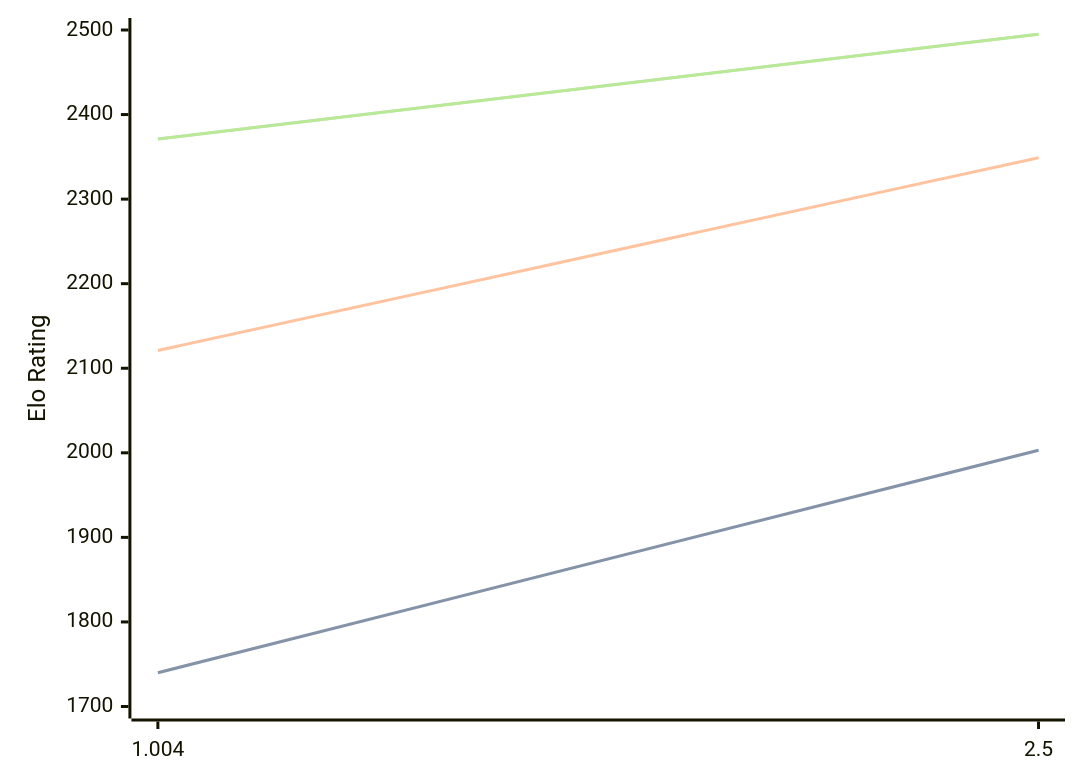
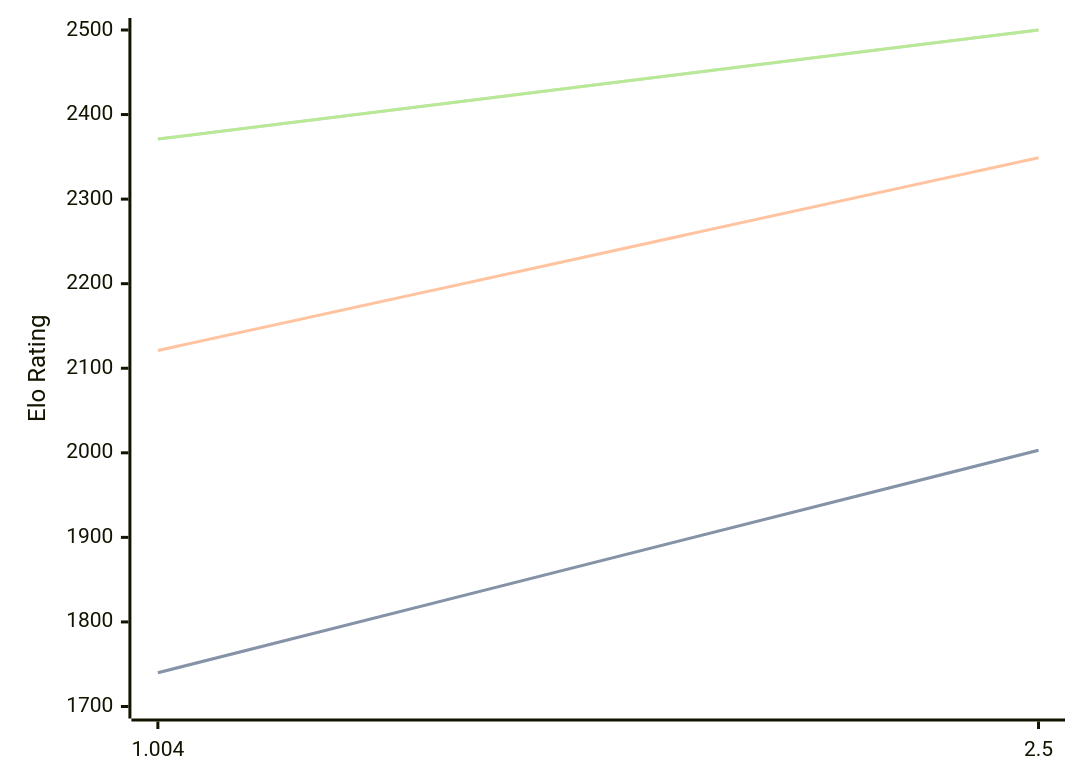
Before and after one commit to computer-chess-index/cci: the diagram in engines/Ares.md, drawn with Mermaid. The commit also changed other lines of this file, not shown here.

Commit message:
Update CCI Ratings (ELO VLTC) - 2026-03-02

````diff
--- a/engines/Ares.md
+++ b/engines/Ares.md
@@ -30,11 +30,11 @@
 ```mermaid
 %%{init: {"theme":"base","themeVariables":{"seriesColors:['#a3a3a3','#222221','#faa371']}}}%%
 xychart-beta
   x-axis ["1.004", "2.5"]
   y-axis "Elo Rating" 1700 --> 2500
   line "STC (8.0+0.08s)" [1740, 2003]
   line "STC (8.0+0.08s)" [1740, 2003]
   line "LTC (60.0+0.60s)" [2121, 2349]
-  line "VLTC (2m24s+1.12s)" [2371, 2495]
-  line "VLTC (2m24s+1.12s)" [2371, 2495]
+  line "VLTC (2m24s+1.12s)" [2371, 2500]
+  line "VLTC (2m24s+1.12s)" [2371, 2500]
 ```
````
